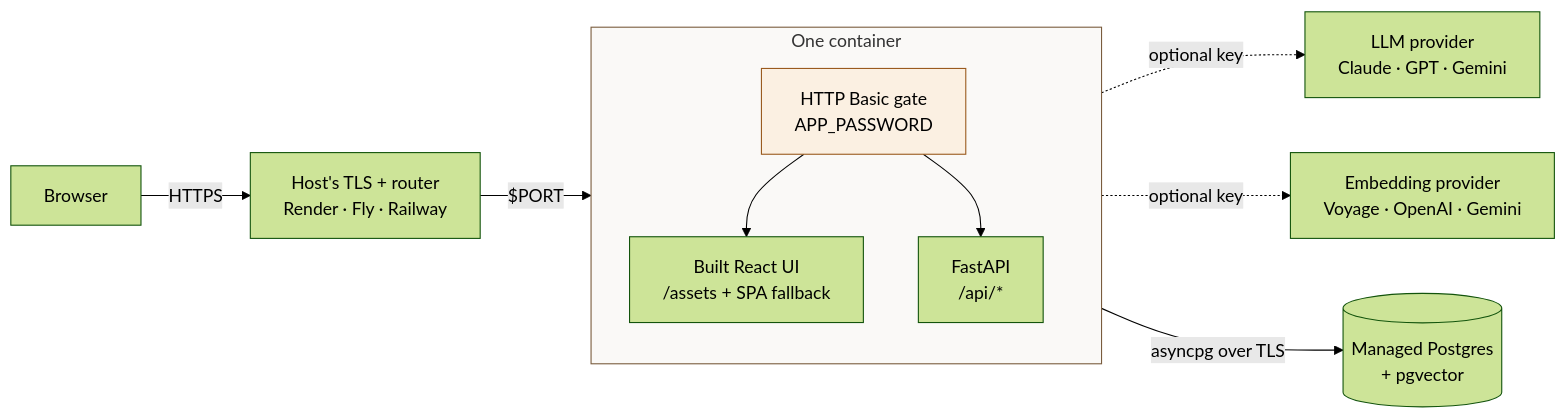
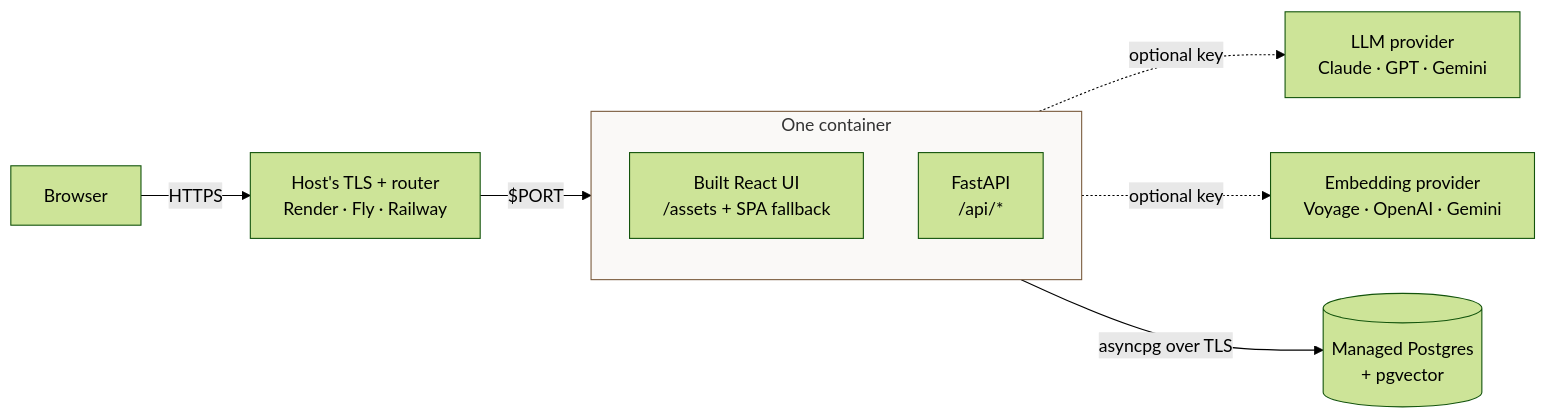
The diagram in deploy/README.md (jahnavib26/fineprint-rag-application), drawn with Mermaid (forest theme) before and after one commit. The commit also changed other lines of this file and 6 other files, not shown here.

First line of the commit message:
Remove the HTTP Basic gate

````diff
--- a/deploy/README.md
+++ b/deploy/README.md
@@ -8,19 +8,17 @@
 ```mermaid
 flowchart LR
     B["Browser"] -->|HTTPS| H["Host's TLS + router<br/>Render · Fly · Railway"]
     H -->|"$PORT"| C
 
     subgraph C["One container"]
       direction TB
-      GATE["HTTP Basic gate<br/>APP_PASSWORD"]
-      GATE --> UI["Built React UI<br/>/assets + SPA fallback"]
-      GATE --> API["FastAPI<br/>/api/*"]
+      UI["Built React UI<br/>/assets + SPA fallback"]
+      API["FastAPI<br/>/api/*"]
     end
 
     C -->|"asyncpg over TLS"| P[("Managed Postgres<br/>+ pgvector")]
     API -.->|"optional key"| L["LLM provider<br/>Claude · GPT · Gemini"]
     API -.->|"optional key"| E["Embedding provider<br/>Voyage · OpenAI · Gemini"]
 
-    style GATE fill:#fbf0e2,stroke:#9a5b1f
     style C fill:#faf9f7,stroke:#7a5c3e
 ```
````
